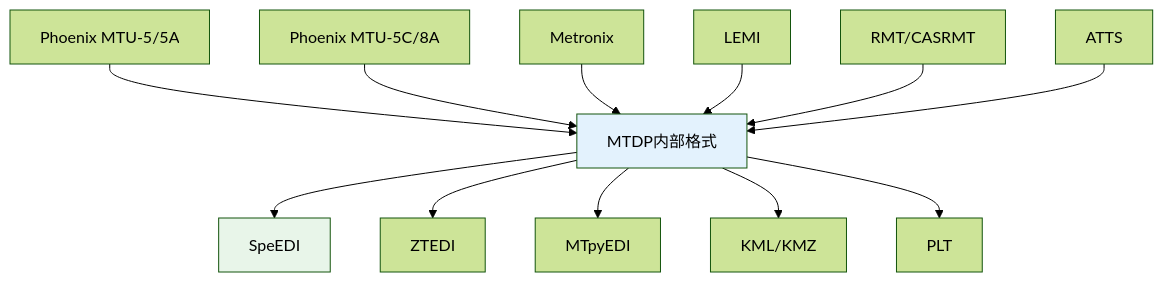
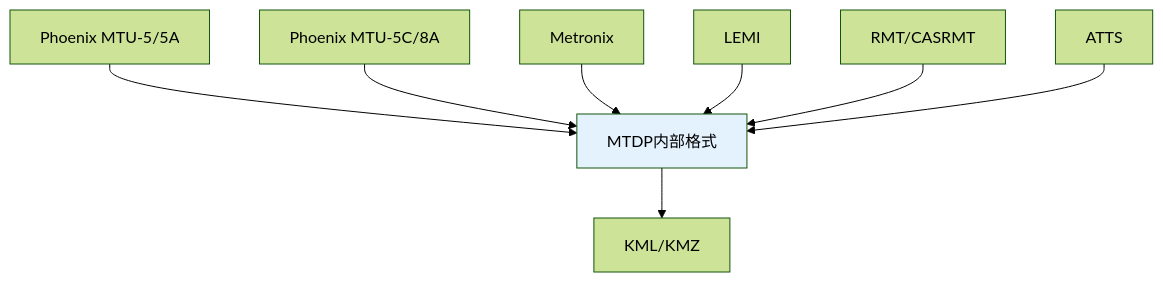
Before and after one commit to EMWPJ/MTDataPro-docs: the eighth of 8 diagrams in source/chapters/chapter4.md, drawn with Mermaid (forest theme). The commit also changed 3 other files, not shown here.

First line of the commit message:
fix: remove SpeEDI/ZTEDI/MTpyEDI/PLT exports, fix Python script ryy bug, fix plotting.md menu claim

````diff
--- a/source/chapters/chapter4.md
+++ b/source/chapters/chapter4.md
@@ -610,17 +610,12 @@
 ```mermaid
 graph TB
     A1[Phoenix MTU-5/5A] --> B[MTDP内部格式]
     A2[Phoenix MTU-5C/8A] --> B
     A3[Metronix] --> B
     A4[LEMI] --> B
     A5[RMT/CASRMT] --> B
     A6[ATTS] --> B
-    B --> C1[SpeEDI]
-    B --> C2[ZTEDI]
-    B --> C3[MTpyEDI]
     B --> C4[KML/KMZ]
-    B --> C5[PLT]
     
     style B fill:#e3f2fd
-    style C1 fill:#e8f5e9
 ```
````
